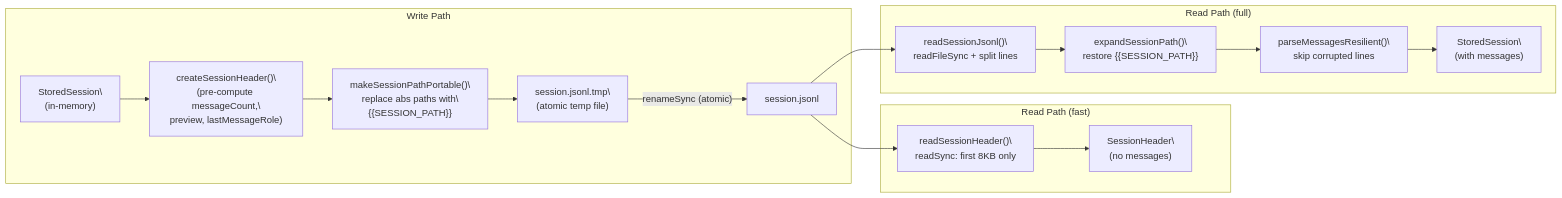
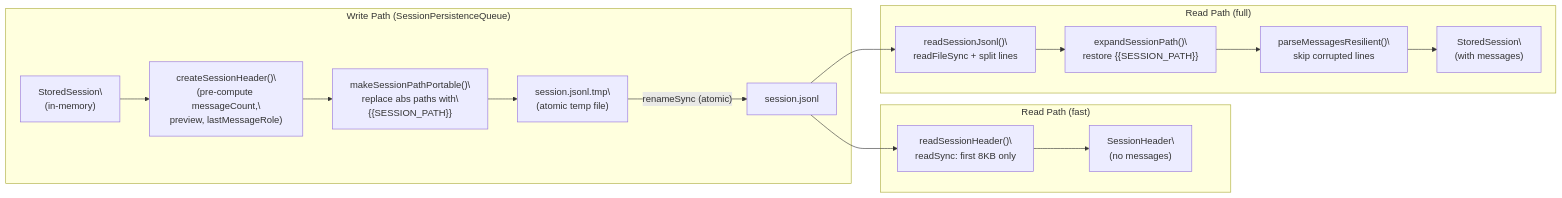
Before and after one commit to blackcater/zentree: the first of 4 diagrams in docs/lukilabs_craft-agents-oss/architecture/session-lifecycle.md, drawn with Mermaid. The commit also changed other lines of this file and 232 other files, not shown here.

````diff
--- a/docs/lukilabs_craft-agents-oss/architecture/session-lifecycle.md
+++ b/docs/lukilabs_craft-agents-oss/architecture/session-lifecycle.md
@@ -93,39 +84,39 @@
 ```mermaid
 flowchart LR
-    subgraph "Write Path"
+    subgraph "Write Path (SessionPersistenceQueue)"
         WS["StoredSession\
 (in-memory)"]
         CSH["createSessionHeader()\
 (pre-compute messageCount,\
 preview, lastMessageRole)"]
         MPP["makeSessionPathPortable()\
 replace abs paths with\
 {{SESSION_PATH}}"]
         TMP["session.jsonl.tmp\
 (atomic temp file)"]
         FINAL["session.jsonl"]
     end
 
     subgraph "Read Path (fast)"
         RSH["readSessionHeader()\
 readSync: first 8KB only"]
         HDR["SessionHeader\
 (no messages)"]
     end
 
     subgraph "Read Path (full)"
         RSJ["readSessionJsonl()\
 readFileSync + split lines"]
         ESP["expandSessionPath()\
 restore {{SESSION_PATH}}"]
         PMR["parseMessagesResilient()\
 skip corrupted lines"]
         SS["StoredSession\
 (with messages)"]
     end
 
     WS --> CSH --> MPP --> TMP
     TMP -- "renameSync (atomic)" --> FINAL
     FINAL --> RSH --> HDR
     FINAL --> RSJ --> ESP --> PMR --> SS
 ```
````
